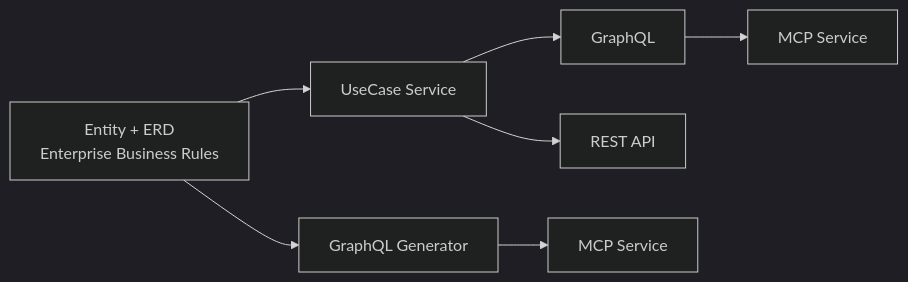
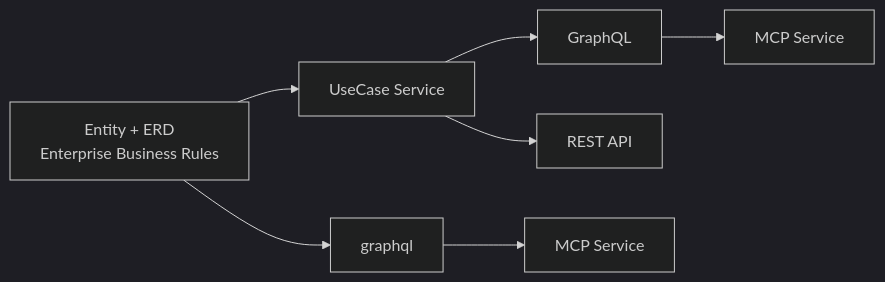
One commit to allmonday/pydantic-resolve changed the second of 2 diagrams in README.md. Above: the diagram before and after it, drawn with Mermaid (dark theme).

Commit message:
docs(readme): rename mermaid node GraphQL Generator → graphql
Place the renamed node before UseCase Service in declaration order so
it renders to the left of it, matching the README's GraphQL-from-ERD
section appearing before the UseCase variant.

````diff
--- a/README.md
+++ b/README.md
@@ -493,17 +493,17 @@
 ```mermaid
 flowchart LR
     entity["Entity + ERD<br/>Enterprise Business Rules"]
-    graphql_gen["GraphQL Generator"]
+    graphql["graphql"]
     usecase["UseCase Service"]
     graphql_uc["GraphQL"]
     api["REST API"]
     mcp_uc["MCP Service"]
     mcp_gen["MCP Service"]
 
-    entity --> graphql_gen
+    entity --> graphql
     entity --> usecase
     usecase --> api
     usecase --> graphql_uc
     graphql_uc --> mcp_uc
-    graphql_gen --> mcp_gen
+    graphql --> mcp_gen
 ```
````
